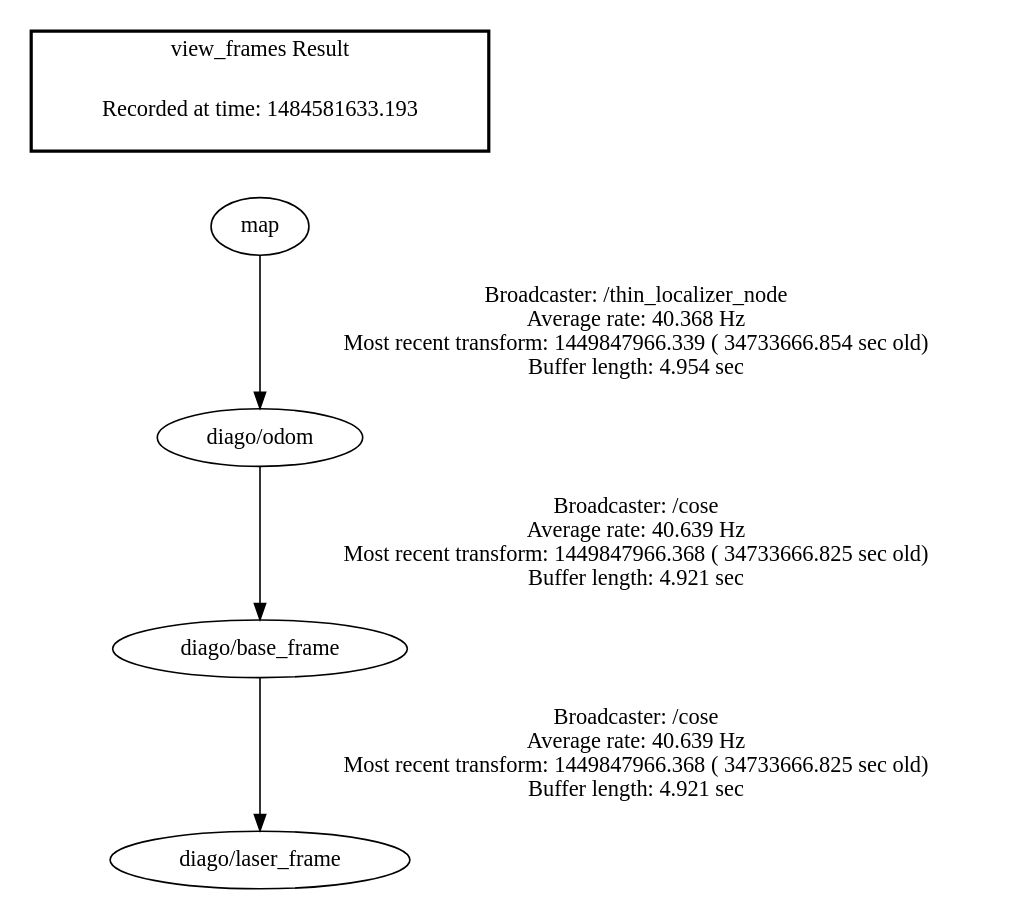
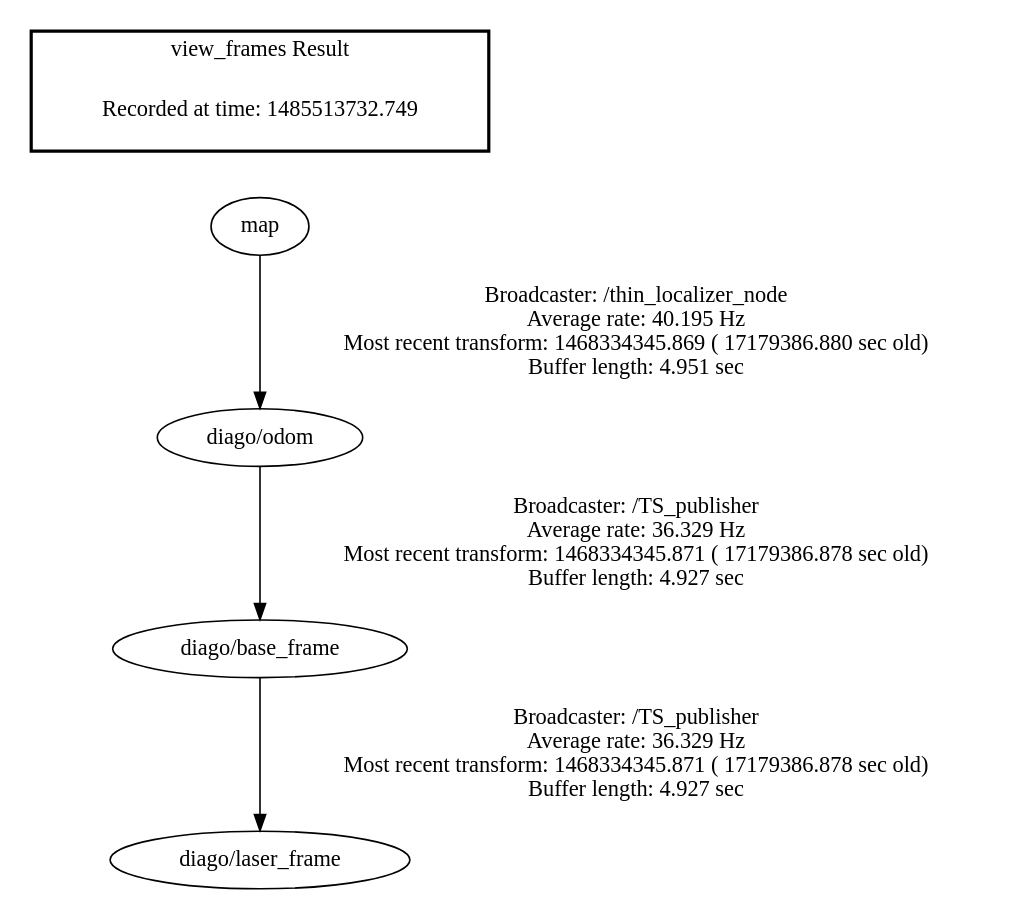
The diagram in frames.gv (istinj/tracker_HRI), drawn with Graphviz before and after one commit. The commit also changed 8 other files, not shown here.

```diff
--- a/frames.gv
+++ b/frames.gv
@@ -1,9 +1,9 @@
 digraph G {
-"diago/odom" -> "diago/base_frame"[label="Broadcaster: /cose\nAverage rate: 40.639 Hz\nMost recent transform: 1449847966.368 ( 34733666.825 sec old)\nBuffer length: 4.921 sec\n"];
-"map" -> "diago/odom"[label="Broadcaster: /thin_localizer_node\nAverage rate: 40.368 Hz\nMost recent transform: 1449847966.339 ( 34733666.854 sec old)\nBuffer length: 4.954 sec\n"];
-"diago/base_frame" -> "diago/laser_frame"[label="Broadcaster: /cose\nAverage rate: 40.639 Hz\nMost recent transform: 1449847966.368 ( 34733666.825 sec old)\nBuffer length: 4.921 sec\n"];
+"diago/odom" -> "diago/base_frame"[label="Broadcaster: /TS_publisher\nAverage rate: 36.329 Hz\nMost recent transform: 1468334345.871 ( 17179386.878 sec old)\nBuffer length: 4.927 sec\n"];
+"map" -> "diago/odom"[label="Broadcaster: /thin_localizer_node\nAverage rate: 40.195 Hz\nMost recent transform: 1468334345.869 ( 17179386.880 sec old)\nBuffer length: 4.951 sec\n"];
+"diago/base_frame" -> "diago/laser_frame"[label="Broadcaster: /TS_publisher\nAverage rate: 36.329 Hz\nMost recent transform: 1468334345.871 ( 17179386.878 sec old)\nBuffer length: 4.927 sec\n"];
 edge [style=invis];
  subgraph cluster_legend { style=bold; color=black; label ="view_frames Result";
-"Recorded at time: 1484581633.193"[ shape=plaintext ] ;
+"Recorded at time: 1485513732.749"[ shape=plaintext ] ;
  }->"map";
 }
```
